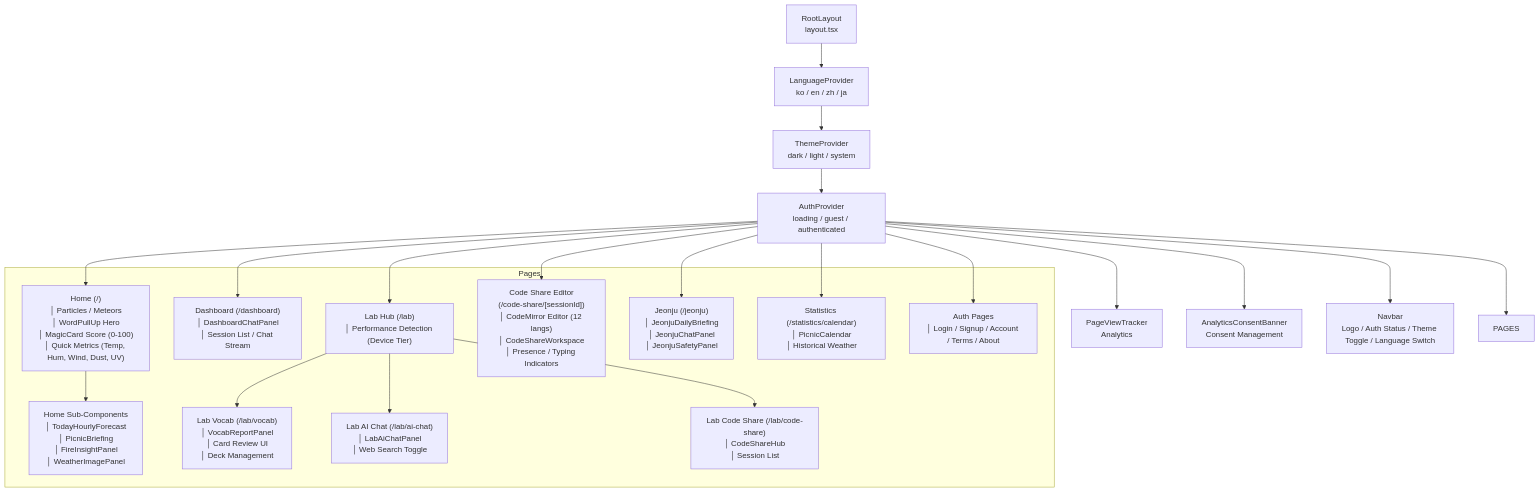
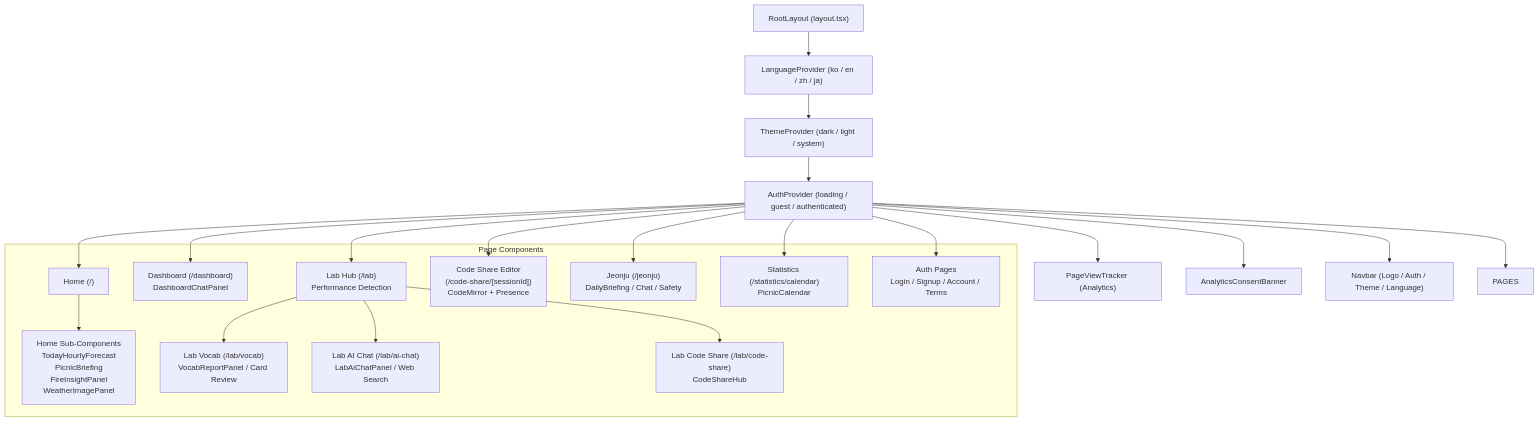
The second of 17 diagrams in docs/ARCHITECTURE_UML.md (kim0040/Nadeulhae), drawn with Mermaid before and after one commit. The commit also changed other lines of this file, not shown here.

Commit message:
fix(docs): fix Mermaid syntax errors in UML diagrams (invalid types, special chars)

````diff
--- a/docs/ARCHITECTURE_UML.md
+++ b/docs/ARCHITECTURE_UML.md
@@ -77,54 +77,53 @@
 ```mermaid
 graph TD
-    ROOT["RootLayout<br/>layout.tsx"]
+    ROOT["RootLayout (layout.tsx)"]
     
-    LP["LanguageProvider<br/>ko / en / zh / ja"]
-    TP["ThemeProvider<br/>dark / light / system"]
-    AP["AuthProvider<br/>loading / guest / authenticated"]
+    LP["LanguageProvider (ko / en / zh / ja)"]
+    TP["ThemeProvider (dark / light / system)"]
+    AP["AuthProvider (loading / guest / authenticated)"]
     
     ROOT --> LP
     LP --> TP
     TP --> AP
     
-    PVT["PageViewTracker<br/>Analytics"]
-    ACB["AnalyticsConsentBanner<br/>Consent Management"]
-    NAV["Navbar<br/>Logo / Auth Status / Theme Toggle / Language Switch"]
+    PVT["PageViewTracker (Analytics)"]
+    ACB["AnalyticsConsentBanner"]
+    NAV["Navbar (Logo / Auth / Theme / Language)"]
     
     AP --> PVT
     AP --> ACB
     AP --> NAV
     AP --> PAGES
 
-    subgraph "Pages"
-        HOME["Home (/)<br/>│ Particles / Meteors<br/>│ WordPullUp Hero<br/>│ MagicCard Score (0-100)<br/>│ Quick Metrics (Temp, Hum, Wind, Dust, UV)"]
+    subgraph Pages["Page Components"]
+        HOME["Home (/)"]
+        HOME_COMP["Home Sub-Components<br/>TodayHourlyForecast<br/>PicnicBriefing<br/>FireInsightPanel<br/>WeatherImagePanel"]
         
-        HOME_COMP["Home Sub-Components<br/>│ TodayHourlyForecast<br/>│ PicnicBriefing<br/>│ FireInsightPanel<br/>│ WeatherImagePanel"]
+        DASH["Dashboard (/dashboard)<br/>DashboardChatPanel"]
         
-        DASH["Dashboard (/dashboard)<br/>│ DashboardChatPanel<br/>│ Session List / Chat Stream"]
+        LAB_HUB["Lab Hub (/lab)<br/>Performance Detection"]
+        LAB_VOCAB["Lab Vocab (/lab/vocab)<br/>VocabReportPanel / Card Review"]
+        LAB_AI["Lab AI Chat (/lab/ai-chat)<br/>LabAiChatPanel / Web Search"]
+        LAB_CS["Lab Code Share (/lab/code-share)<br/>CodeShareHub"]
         
-        LAB_HUB["Lab Hub (/lab)<br/>│ Performance Detection (Device Tier)"]
-        LAB_VOCAB["Lab Vocab (/lab/vocab)<br/>│ VocabReportPanel<br/>│ Card Review UI<br/>│ Deck Management"]
-        LAB_AI["Lab AI Chat (/lab/ai-chat)<br/>│ LabAiChatPanel<br/>│ Web Search Toggle"]
-        LAB_CS["Lab Code Share (/lab/code-share)<br/>│ CodeShareHub<br/>│ Session List"]
+        CS_EDITOR["Code Share Editor<br/>(/code-share/[sessionId])<br/>CodeMirror + Presence"]
         
-        CS_EDITOR["Code Share Editor<br/>(/code-share/[sessionId])<br/>│ CodeMirror Editor (12 langs)<br/>│ CodeShareWorkspace<br/>│ Presence / Typing Indicators"]
+        JEONJU["Jeonju (/jeonju)<br/>DailyBriefing / Chat / Safety"]
         
-        JEONJU["Jeonju (/jeonju)<br/>│ JeonjuDailyBriefing<br/>│ JeonjuChatPanel<br/>│ JeonjuSafetyPanel"]
+        STATS["Statistics (/statistics/calendar)<br/>PicnicCalendar"]
         
-        STATS["Statistics (/statistics/calendar)<br/>│ PicnicCalendar<br/>│ Historical Weather"]
-        
-        AUTH_PAGES["Auth Pages<br/>│ Login / Signup / Account / Terms / About"]
+        AUTH_PAGES["Auth Pages<br/>Login / Signup / Account / Terms"]
     end
 
     HOME --> HOME_COMP
     AP --> HOME
     AP --> DASH
     AP --> LAB_HUB
     LAB_HUB --> LAB_VOCAB
     LAB_HUB --> LAB_AI
     LAB_HUB --> LAB_CS
     AP --> CS_EDITOR
     AP --> JEONJU
     AP --> STATS
     AP --> AUTH_PAGES
 ```
````
